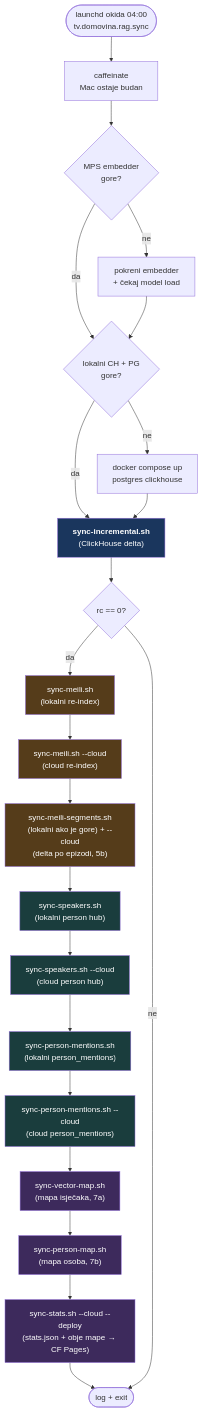
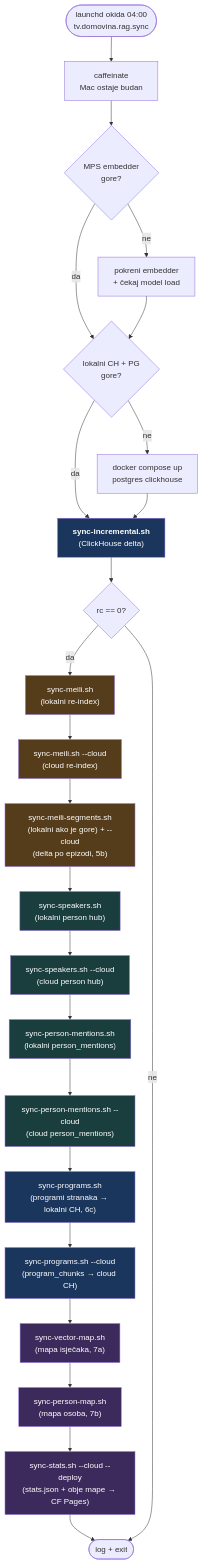
The second of 8 diagrams in docs/data-refresh-flow.md (domovinatv/domovina-rag), drawn with Mermaid before and after one commit. The commit also changed other lines of this file and 1 other file, not shown here.

Commit message:
docs: programi stranaka (program_chunks) u data-refresh-flow i ETL README-u

````diff
--- a/docs/data-refresh-flow.md
+++ b/docs/data-refresh-flow.md
@@ -72,37 +72,41 @@
 ```mermaid
 flowchart TD
     START(["launchd okida 04:00<br/>tv.domovina.rag.sync"]) --> CAF[caffeinate<br/>Mac ostaje budan]
     CAF --> CHKEMB{MPS embedder<br/>gore?}
     CHKEMB -- ne --> STARTEMB[pokreni embedder<br/>+ čekaj model load]
     CHKEMB -- da --> CHKDB
     STARTEMB --> CHKDB{lokalni CH + PG<br/>gore?}
     CHKDB -- ne --> STARTDB[docker compose up<br/>postgres clickhouse]
     CHKDB -- da --> SYNC
     STARTDB --> SYNC
 
     SYNC["<b>sync-incremental.sh</b><br/>(ClickHouse delta)"] --> RC{rc == 0?}
     RC -- da --> MEILILOCAL["sync-meili.sh<br/>(lokalni re-index)"]
     MEILILOCAL --> MEILICLOUD["sync-meili.sh --cloud<br/>(cloud re-index)"]
     MEILICLOUD --> SEG["sync-meili-segments.sh<br/>(lokalni ako je gore) + --cloud<br/>(delta po epizodi, 5b)"]
     SEG --> SPKLOCAL["sync-speakers.sh<br/>(lokalni person hub)"]
     SPKLOCAL --> SPKCLOUD["sync-speakers.sh --cloud<br/>(cloud person hub)"]
     SPKCLOUD --> PMLOCAL["sync-person-mentions.sh<br/>(lokalni person_mentions)"]
     PMLOCAL --> PMCLOUD["sync-person-mentions.sh --cloud<br/>(cloud person_mentions)"]
-    PMCLOUD --> VMAP["sync-vector-map.sh<br/>(mapa isječaka, 7a)"]
+    PMCLOUD --> PRLOCAL["sync-programs.sh<br/>(programi stranaka → lokalni CH, 6c)"]
+    PRLOCAL --> PRCLOUD["sync-programs.sh --cloud<br/>(program_chunks → cloud CH)"]
+    PRCLOUD --> VMAP["sync-vector-map.sh<br/>(mapa isječaka, 7a)"]
     VMAP --> PMAP["sync-person-map.sh<br/>(mapa osoba, 7b)"]
     PMAP --> STATS["sync-stats.sh --cloud --deploy<br/>(stats.json + obje mape → CF Pages)"]
     STATS --> DONE(["log + exit"])
     RC -- ne --> DONE
 
     style SYNC fill:#1a365d,color:#fff
     style MEILILOCAL fill:#553c1a,color:#fff
     style MEILICLOUD fill:#553c1a,color:#fff
     style SEG fill:#553c1a,color:#fff
     style SPKLOCAL fill:#1a3d3d,color:#fff
     style SPKCLOUD fill:#1a3d3d,color:#fff
     style PMLOCAL fill:#1a3d3d,color:#fff
     style PMCLOUD fill:#1a3d3d,color:#fff
+    style PRLOCAL fill:#1a365d,color:#fff
+    style PRCLOUD fill:#1a365d,color:#fff
     style VMAP fill:#3d2a5c,color:#fff
     style PMAP fill:#3d2a5c,color:#fff
     style STATS fill:#3d2a5c,color:#fff
 ```
````
